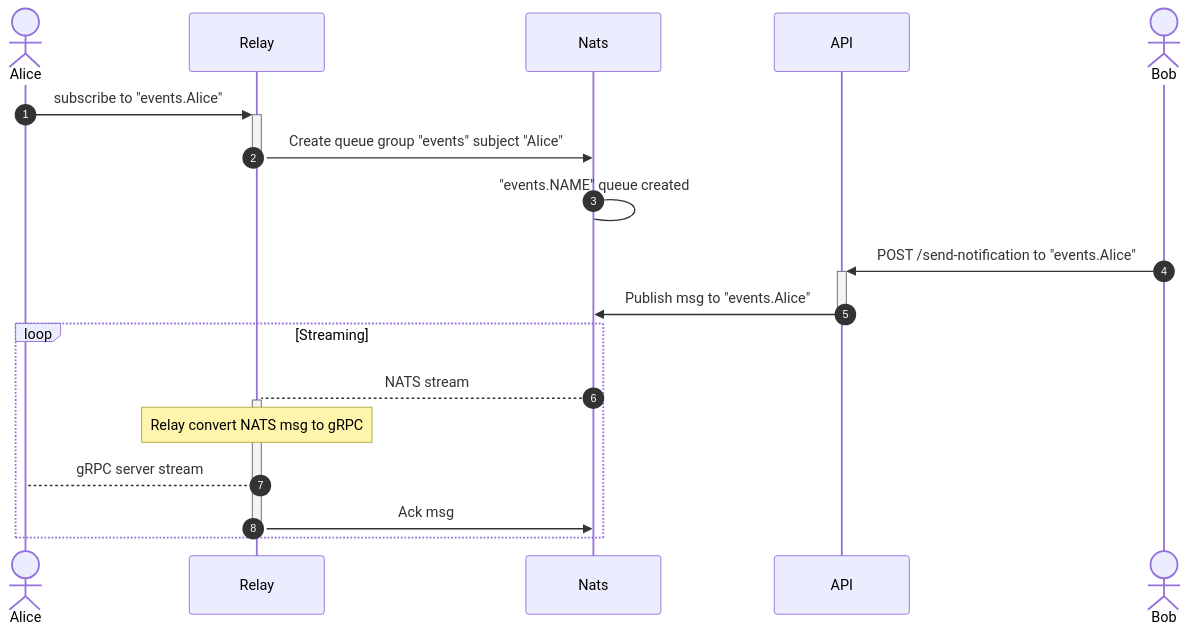
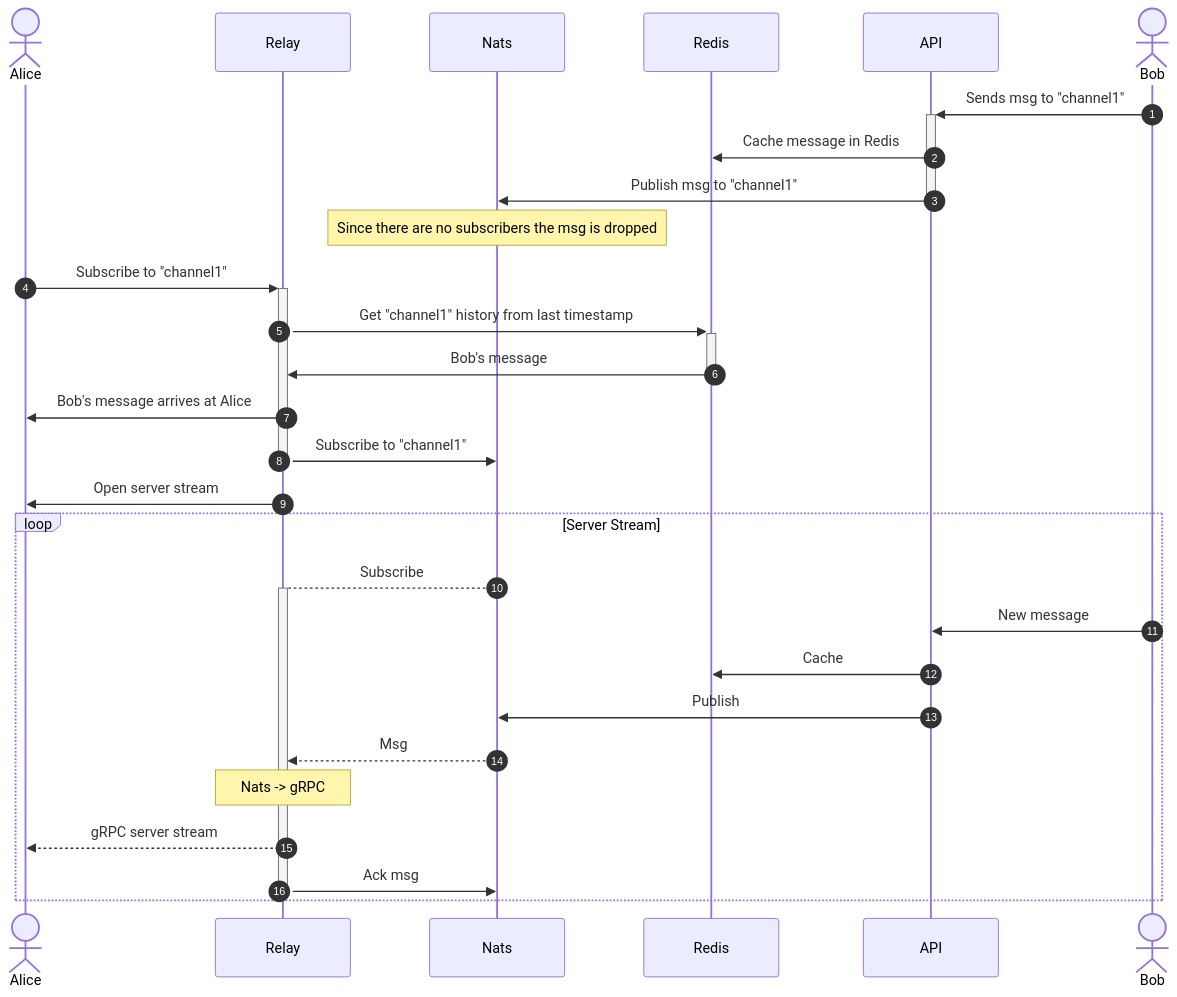
Before and after one commit to Inveracity/svelte-grpc-stream: the diagram in docs/readme.md, drawn with Mermaid. The commit also changed other lines of this file, not shown here.

Commit message:
update diagram

````diff
--- a/docs/readme.md
+++ b/docs/readme.md
@@ -18,24 +18,33 @@
 ```mermaid
 sequenceDiagram
 autonumber
 actor Alice
 participant Relay
 participant Nats
+participant Redis
 participant API
 actor Bob
 
-Alice ->>+ Relay: subscribe to "events.Alice"
-Relay ->>- Nats: Create queue group "events" subject "Alice"
-Nats -> Nats: "events.NAME" queue created
 
-Bob ->>+ API: POST /send-notification to "events.Alice"
-API ->>- Nats: Publish msg to "events.Alice"
+Bob   ->>+ API   : Sends msg to "channel1"
+API   ->>  Redis : Cache message in Redis
+API   ->>- Nats  : Publish msg to "channel1"
+Note  over Nats  : Since there are no subscribers the msg is dropped
+Alice ->>+ Relay : Subscribe to "channel1"
+Relay ->>+ Redis : Get "channel1" history from last timestamp
+Redis ->>- Relay : Bob's message
+Relay ->>  Alice : Bob's message arrives at Alice
+Relay ->>- Nats  : Subscribe to "channel1"
+Relay ->>  Alice : Open server stream
 
-loop Streaming
-    Nats -->+ Relay: NATS stream
-    Note over Relay: Relay convert NATS msg to gRPC
-    Relay --> Alice: gRPC server stream
-
-    Relay ->>- Nats: Ack msg
+loop Server Stream
+    Nats  -->+ Relay : Subscribe
+    Bob   ->>  API   : New message
+    API   ->>  Redis : Cache
+    API   ->>  Nats  : Publish
+    Nats  -->> Relay : Msg
+    Note  over Relay : Nats -> gRPC
+    Relay -->> Alice : gRPC server stream
+    Relay ->>- Nats  : Ack msg
 end
 ```
````
